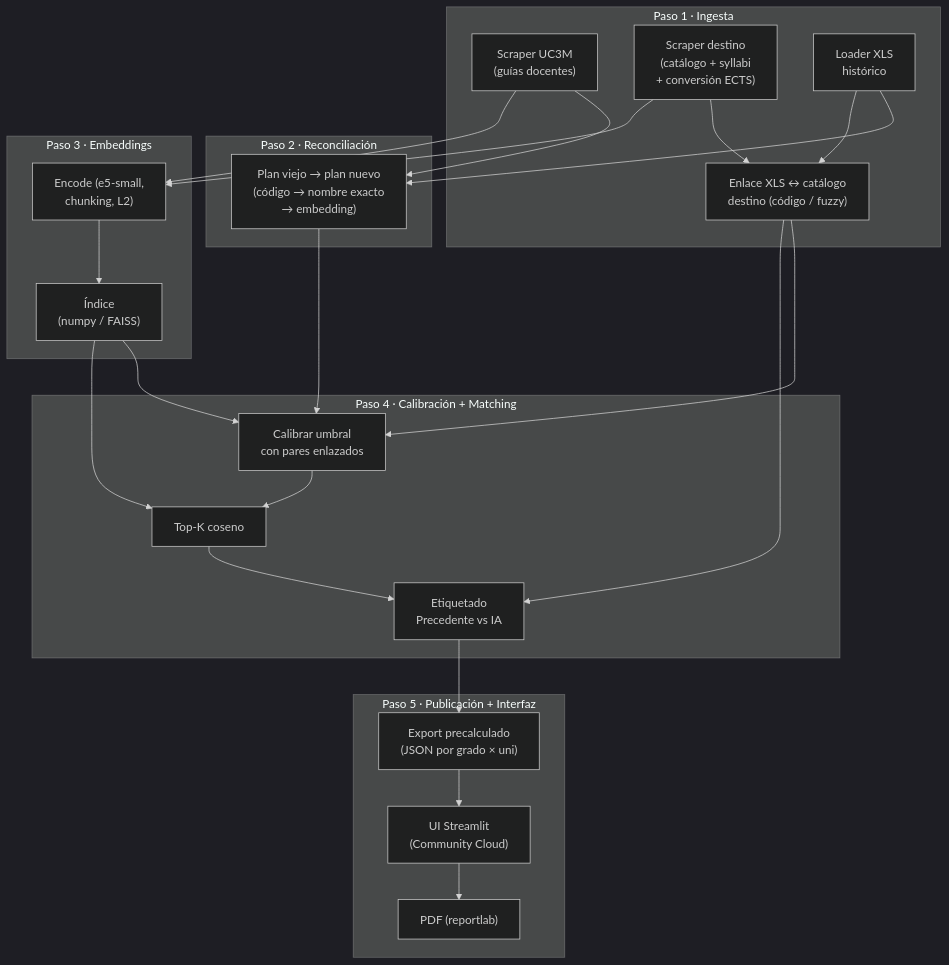
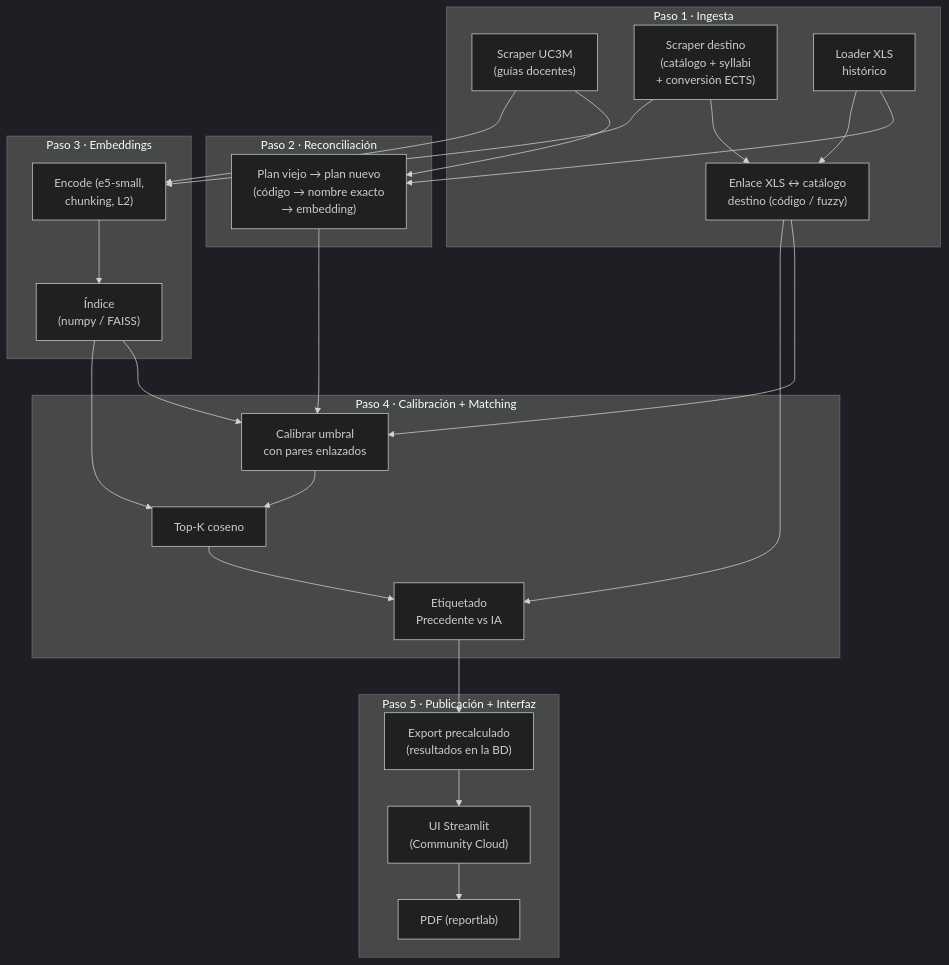
Before and after one commit to AISC-Madrid/aisc-convalidaciones: the second of 3 diagrams in docs/referencia_tecnica.md, drawn with Mermaid (dark theme). The commit also changed other lines of this file and 27 other files, not shown here.

First line of the commit message:
Resultados en la BD: la web deja de leer JSON (#41)

````diff
--- a/docs/referencia_tecnica.md
+++ b/docs/referencia_tecnica.md
@@ -87,48 +87,48 @@
 ```mermaid
 flowchart TD
     subgraph PASO1["Paso 1 · Ingesta"]
         A1["Scraper UC3M\n(guías docentes)"]
         A2["Scraper destino\n(catálogo + syllabi\n+ conversión ECTS)"]
         A3["Loader XLS\nhistórico"]
         A4["Enlace XLS ↔ catálogo\ndestino (código / fuzzy)"]
     end
 
     subgraph PASO2["Paso 2 · Reconciliación"]
         B1["Plan viejo → plan nuevo\n(código → nombre exacto\n→ embedding)"]
     end
 
     subgraph PASO3["Paso 3 · Embeddings"]
         C1["Encode (e5-small,\nchunking, L2)"]
         C2["Índice\n(numpy / FAISS)"]
     end
 
     subgraph PASO4["Paso 4 · Calibración + Matching"]
         D1["Calibrar umbral\ncon pares enlazados"]
         D2["Top-K coseno"]
         D3["Etiquetado\nPrecedente vs IA"]
     end
 
     subgraph PASO5["Paso 5 · Publicación + Interfaz"]
-        E1["Export precalculado\n(JSON por grado × uni)"]
+        E1["Export precalculado\n(resultados en la BD)"]
         E2["UI Streamlit\n(Community Cloud)"]
         E3["PDF (reportlab)"]
     end
 
     A1 --> B1
     A3 --> B1
     A2 --> A4
     A3 --> A4
     A1 --> C1
     A2 --> C1
     C1 --> C2
     B1 --> D1
     A4 --> D1
     C2 --> D1
     C2 --> D2
     D1 --> D2
     D2 --> D3
     A4 --> D3
     D3 --> E1
     E1 --> E2
     E2 --> E3
 ```
````
